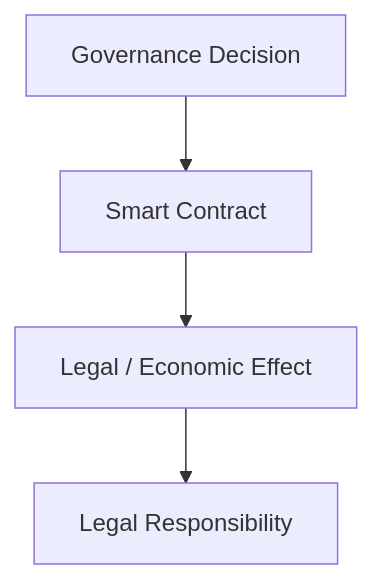
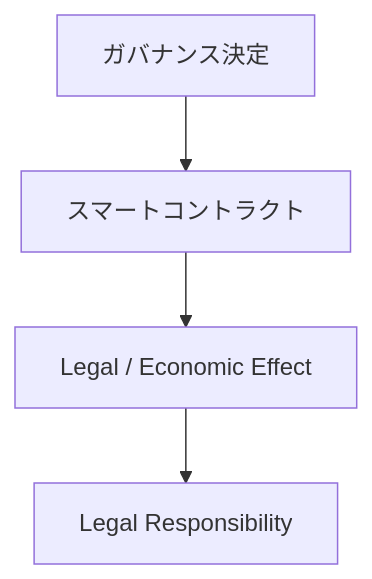
Before and after one commit to ShigeichiroYamasaki/creator-first-platform: diagram 20 of 45 in docs/whitepaper/11-legal-sto-tax.md, drawn with Mermaid. The commit also changed other lines of this file and 67 other files, not shown here.

````diff
--- a/docs/whitepaper/11-legal-sto-tax.md
+++ b/docs/whitepaper/11-legal-sto-tax.md
@@ -593,10 +593,10 @@
 ```mermaid
 flowchart TD
-    GOV[Governance Decision]
-    CODE[Smart Contract]
+    GOV[ガバナンス決定]
+    CODE[スマートコントラクト]
     EFFECT[Legal / Economic Effect]
     RESPONSIBILITY[Legal Responsibility]
 
     GOV --> CODE --> EFFECT
     EFFECT --> RESPONSIBILITY
 ```
````
